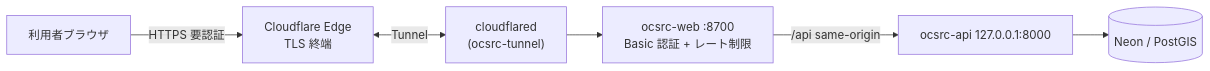
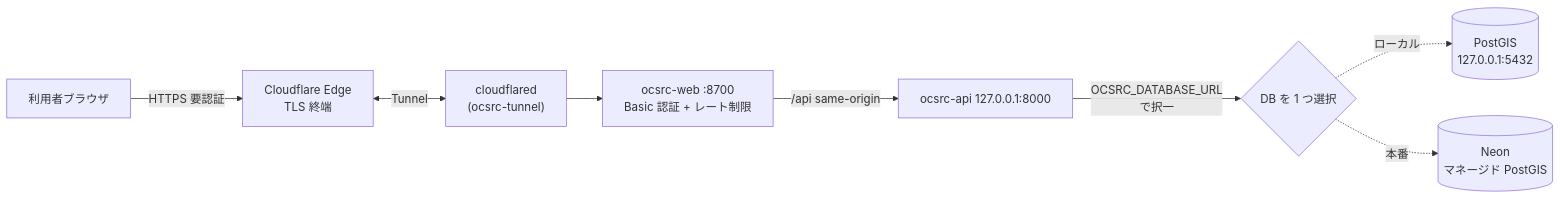
The diagram in docs/deploy-backend.md (Kensan196948G/Open-Civil-Site-Risk-Checker), drawn with Mermaid before and after one commit. The commit also changed other lines of this file and 2 other files, not shown here.

````diff
--- a/docs/deploy-backend.md
+++ b/docs/deploy-backend.md
@@ -197,8 +207,10 @@
 ```mermaid
 flowchart LR
   U["利用者ブラウザ"] -->|HTTPS 要認証| CF["Cloudflare Edge<br/>TLS 終端"]
   CF <-->|Tunnel| T["cloudflared<br/>(ocsrc-tunnel)"]
   T --> W["ocsrc-web :8700<br/>Basic 認証 + レート制限"]
   W -->|/api same-origin| A["ocsrc-api 127.0.0.1:8000"]
-  A --> D[("Neon / PostGIS")]
+  A -->|"OCSRC_DATABASE_URL<br/>で択一"| D{"DB を 1 つ選択"}
+  D -.->|ローカル| D1[("PostGIS<br/>127.0.0.1:5432")]
+  D -.->|本番| D2[("Neon<br/>マネージド PostGIS")]
 ```
````
